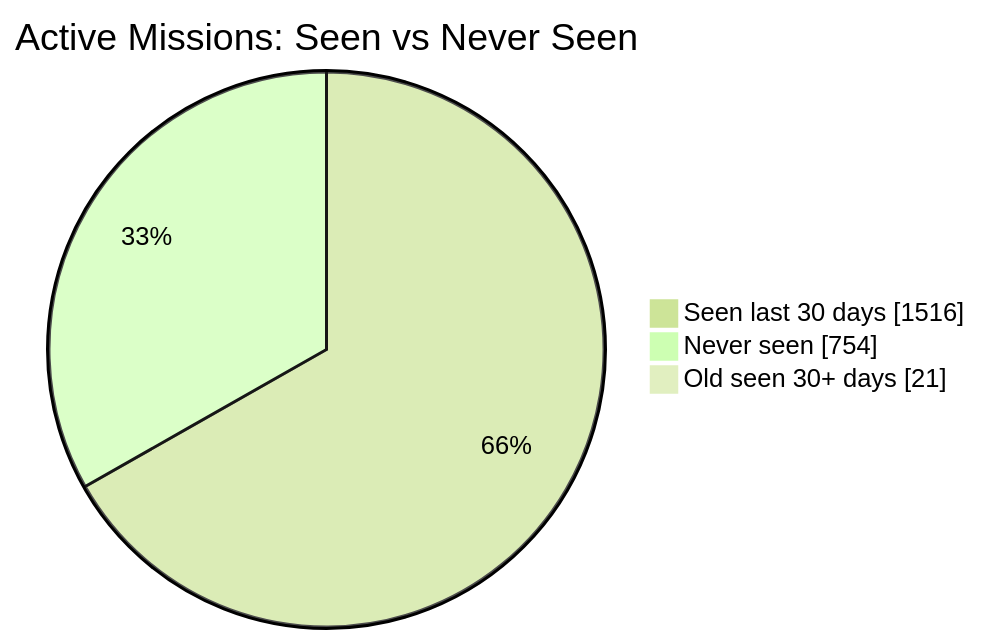
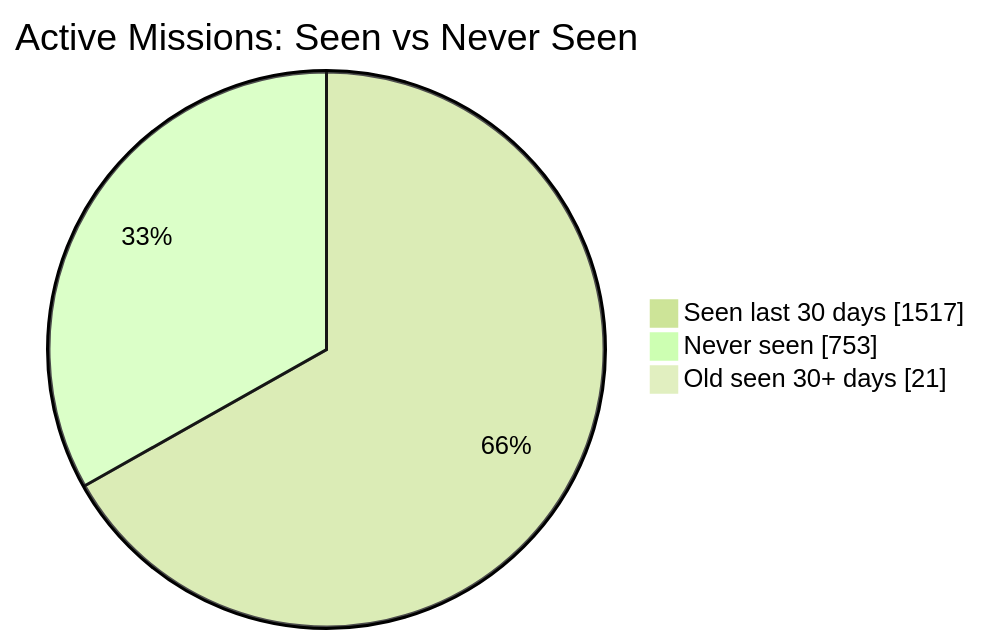
Before and after one commit to MeldkamerspelGameTeam/active-missions: the first of 2 diagrams in README.md, drawn with Mermaid (forest theme). The commit also changed other lines of this file and 2 other files, not shown here.

````diff
--- a/README.md
+++ b/README.md
@@ -34,7 +34,7 @@
 ```mermaid
 pie showData
     title Active Missions: Seen vs Never Seen
-    "Seen last 30 days" : 1516
-    "Never seen" : 754
+    "Seen last 30 days" : 1517
+    "Never seen" : 753
     "Old seen 30+ days" : 21
 ```
````
